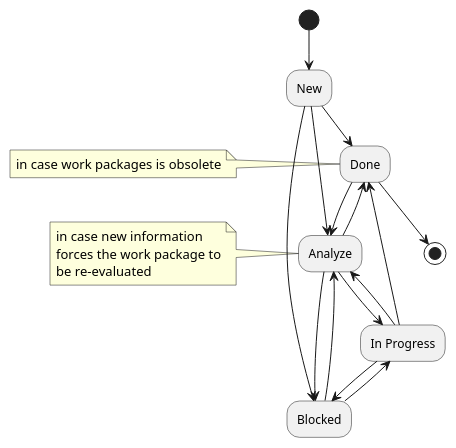
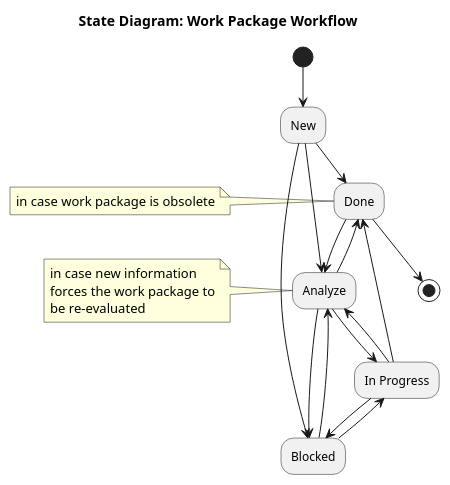
The diagram in docs/platform_management_plan/_assets/work_packages_workflow.puml (eclipse-score/score), drawn with PlantUML before and after one commit. The commit also changed 1 other file, not shown here.

```diff
--- a/docs/platform_management_plan/_assets/work_packages_workflow.puml
+++ b/docs/platform_management_plan/_assets/work_packages_workflow.puml
@@ -1,36 +1,37 @@
-@startuml Work Package Workflow
+@startuml
+title State Diagram: Work Package Workflow
 
-    (*top) -->"New"
+(*) --> "New"
 
-    ' New State
-    "New" --> "Analyze"
-    "New" --> "Blocked"
-    "New" --> "Done"
-        note left
-          in case work packages is obsolete
-        end note
+' New State
+"New" --> "Analyze"
+"New" --> "Blocked"
+"New" --> "Done"
+    note left
+        in case work package is obsolete
+    end note
 
-    ' Analyze State
-    "Analyze" --> "In Progress"
-    "Analyze" --> "Blocked"
-    "Analyze" --> "Done"
+' Analyze State
+"Analyze" --> "In Progress"
+"Analyze" --> "Blocked"
+"Analyze" --> "Done"
 
-    ' In Progress State
-    "In Progress" --> "Analyze"
-        note left
-          in case new information
-          forces the work package to
-          be re-evaluated
-        end note
-    "In Progress" --> "Blocked"
-    "In Progress" --> "Done"
+' In Progress State
+"In Progress" --> "Analyze"
+    note left
+        in case new information
+        forces the work package to
+        be re-evaluated
+    end note
+"In Progress" --> "Blocked"
+"In Progress" --> "Done"
 
-    ' Blocked State
-    "Blocked" --> "Analyze"
-    "Blocked" --> "In Progress"
+' Blocked State
+"Blocked" --> "Analyze"
+"Blocked" --> "In Progress"
 
-    ' Done State
-    "Done" --> "Analyze"
-    "Done" --> (*)
+' Done State
+"Done" --> "Analyze"
+"Done" --> (*)
 
 @enduml
```
